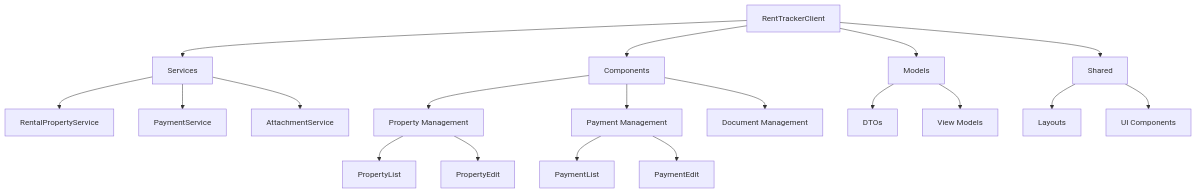
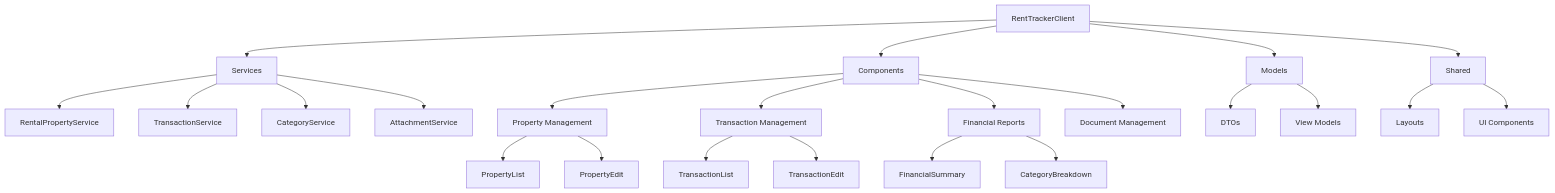
Before and after one commit to rohanmarathe567-code/RentTracker: the third of 7 diagrams in README.md, drawn with Mermaid. The commit also changed other lines of this file and 9 other files, not shown here.

````diff
--- a/README.md
+++ b/README.md
@@ -353,26 +365,30 @@
 ```mermaid
 graph TD
     A[RentTrackerClient] --> B[Services]
     A --> C[Components]
     A --> D[Models]
     A --> E[Shared]
     
     B --> B1[RentalPropertyService]
-    B --> B2[PaymentService]
-    B --> B3[AttachmentService]
+    B --> B2[TransactionService]
+    B --> B3[CategoryService]
+    B --> B4[AttachmentService]
     
     C --> C1[Property Management]
-    C --> C2[Payment Management]
-    C --> C3[Document Management]
+    C --> C2[Transaction Management]
+    C --> C3[Financial Reports]
+    C --> C4[Document Management]
     
     C1 --> C1A[PropertyList]
     C1 --> C1B[PropertyEdit]
-    C2 --> C2A[PaymentList]
-    C2 --> C2B[PaymentEdit]
+    C2 --> C2A[TransactionList]
+    C2 --> C2B[TransactionEdit]
+    C3 --> C3A[FinancialSummary]
+    C3 --> C3B[CategoryBreakdown]
     
     D --> D1[DTOs]
     D --> D2[View Models]
     
     E --> E1[Layouts]
     E --> E2[UI Components]
 ```
````
